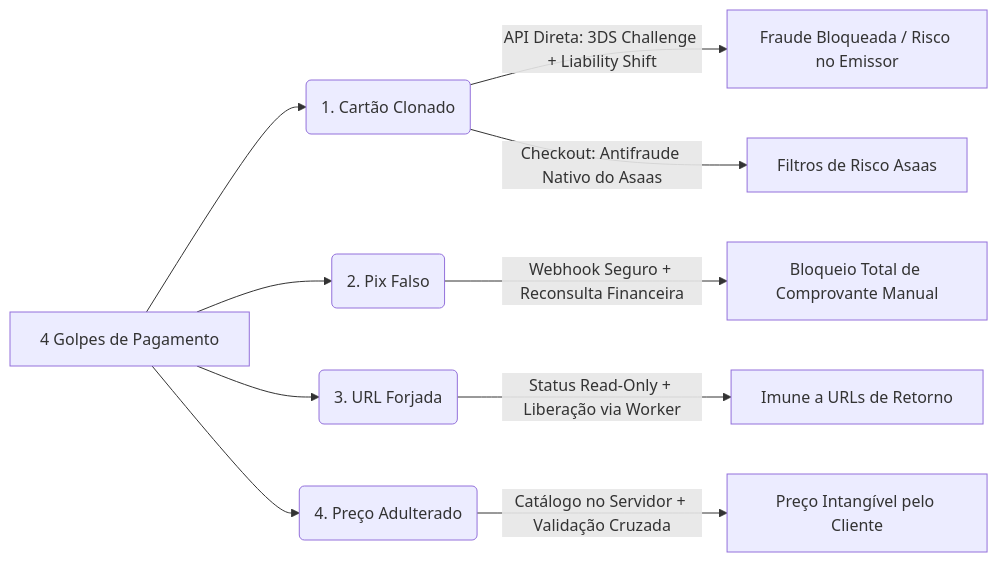
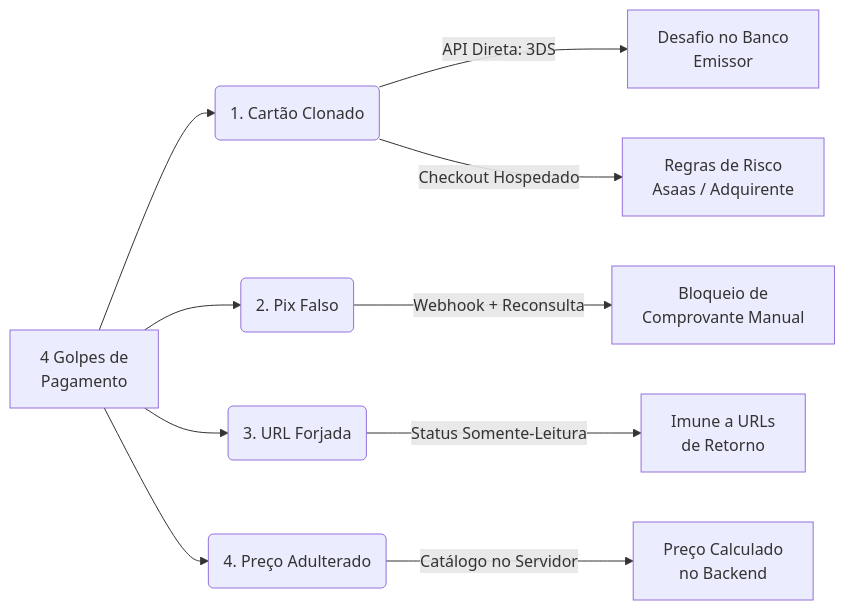
Before and after one commit to vitorszvr/asaas-exx: the second of 5 diagrams in apresentacao_solucao_asaas.md, drawn with Mermaid. The commit also changed other lines of this file and 9 other files, not shown here.

````diff
--- a/apresentacao_solucao_asaas.md
+++ b/apresentacao_solucao_asaas.md
@@ -73,14 +64,14 @@
 ```mermaid
-graph LR
-    A[4 Golpes de Pagamento] --> B(1. Cartão Clonado)
-    A --> C(2. Pix Falso)
-    A --> D(3. URL Forjada)
-    A --> E(4. Preço Adulterado)
+flowchart LR
+    S5_A["4 Golpes de<br/>Pagamento"] --> S5_B("1. Cartão Clonado")
+    S5_A --> S5_C("2. Pix Falso")
+    S5_A --> S5_D("3. URL Forjada")
+    S5_A --> S5_E("4. Preço Adulterado")
 
-    B -->|API Direta: 3DS Challenge + Liability Shift| S1[Fraude Bloqueada / Risco no Emissor]
-    B -->|Checkout: Antifraude Nativo do Asaas| S1B[Filtros de Risco Asaas]
+    S5_B -->|API Direta: 3DS| S5_S1["Desafio no Banco<br/>Emissor"]
+    S5_B -->|Checkout Hospedado| S5_S1B["Regras de Risco<br/>Asaas / Adquirente"]
 
-    C -->|Webhook Seguro + Reconsulta Financeira| S2[Bloqueio Total de Comprovante Manual]
-    D -->|Status Read-Only + Liberação via Worker| S3[Imune a URLs de Retorno]
-    E -->|Catálogo no Servidor + Validação Cruzada| S4[Preço Intangível pelo Cliente]
+    S5_C -->|Webhook + Reconsulta| S5_S2["Bloqueio de<br/>Comprovante Manual"]
+    S5_D -->|Status Somente-Leitura| S5_S3["Imune a URLs<br/>de Retorno"]
+    S5_E -->|Catálogo no Servidor| S5_S4["Preço Calculado<br/>no Backend"]
 ```
````
